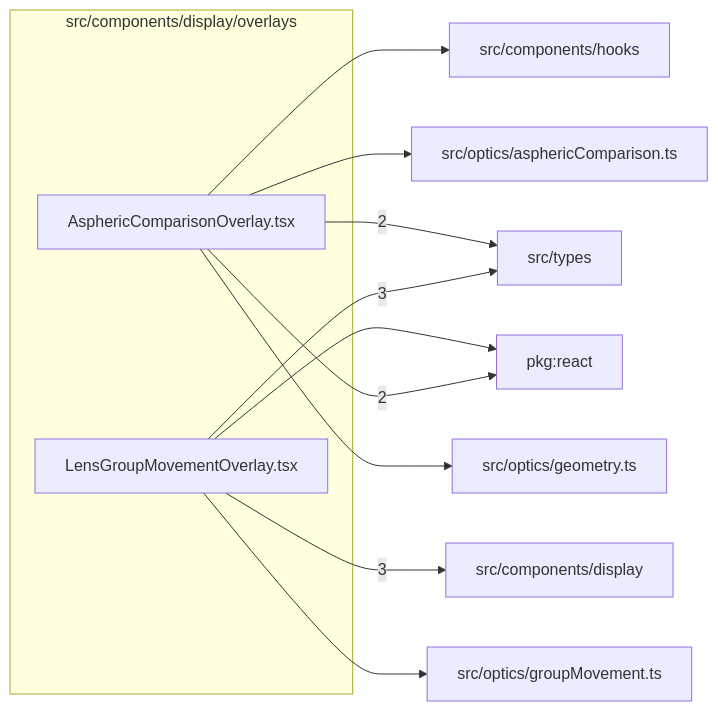
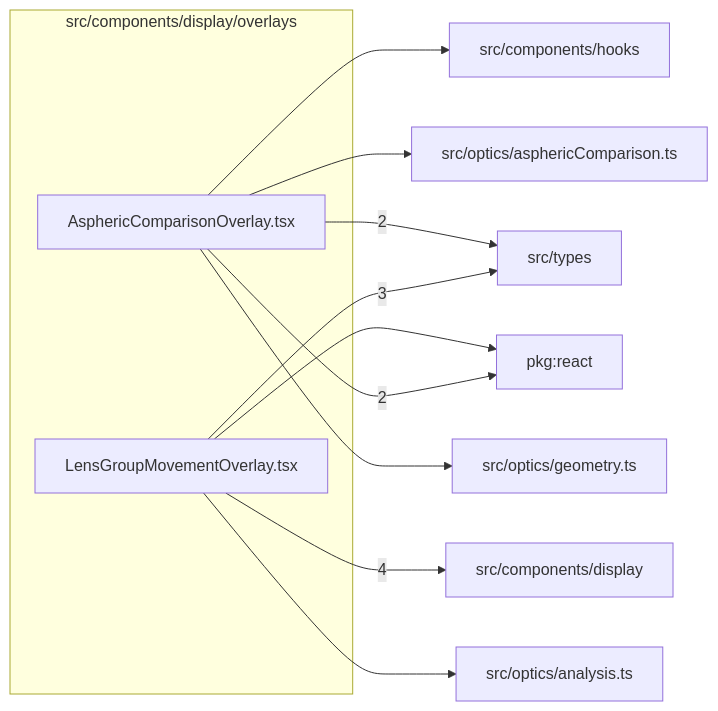
The diagram in src/components/display/overlays/readme.md (ronbuening/LensVisualizer), drawn with Mermaid before and after one commit. The commit also changed other lines of this file and 51 other files, not shown here.

Commit message:
S7.P2.T1 Summary, cardinals, breathing and group movement on AnalysisRequest

````diff
--- a/src/components/display/overlays/readme.md
+++ b/src/components/display/overlays/readme.md
@@ -9,23 +9,23 @@
 ```mermaid
 flowchart LR
   subgraph n_src_components_display_overlays["src/components/display/overlays"]
     n_src_components_display_overlays_src_components_display_overlays_AsphericComparisonOverlay_tsx["AsphericComparisonOverlay.tsx"]
     n_src_components_display_overlays_src_components_display_overlays_LensGroupMovementOverlay_tsx["LensGroupMovementOverlay.tsx"]
   end
   n_external_src_components_display["src/components/display"]
   n_external_src_types["src/types"]
   n_external_pkg_react["pkg:react"]
   n_external_src_components_hooks["src/components/hooks"]
+  n_external_src_optics_analysis_ts["src/optics/analysis.ts"]
   n_external_src_optics_asphericComparison_ts["src/optics/asphericComparison.ts"]
   n_external_src_optics_geometry_ts["src/optics/geometry.ts"]
-  n_external_src_optics_groupMovement_ts["src/optics/groupMovement.ts"]
-  n_src_components_display_overlays_src_components_display_overlays_LensGroupMovementOverlay_tsx --> |3| n_external_src_components_display
+  n_src_components_display_overlays_src_components_display_overlays_LensGroupMovementOverlay_tsx --> |4| n_external_src_components_display
   n_src_components_display_overlays_src_components_display_overlays_LensGroupMovementOverlay_tsx --> |3| n_external_src_types
   n_src_components_display_overlays_src_components_display_overlays_AsphericComparisonOverlay_tsx --> |2| n_external_pkg_react
   n_src_components_display_overlays_src_components_display_overlays_AsphericComparisonOverlay_tsx --> |2| n_external_src_types
   n_src_components_display_overlays_src_components_display_overlays_LensGroupMovementOverlay_tsx --> n_external_pkg_react
   n_src_components_display_overlays_src_components_display_overlays_AsphericComparisonOverlay_tsx --> n_external_src_components_hooks
+  n_src_components_display_overlays_src_components_display_overlays_LensGroupMovementOverlay_tsx --> n_external_src_optics_analysis_ts
   n_src_components_display_overlays_src_components_display_overlays_AsphericComparisonOverlay_tsx --> n_external_src_optics_asphericComparison_ts
   n_src_components_display_overlays_src_components_display_overlays_AsphericComparisonOverlay_tsx --> n_external_src_optics_geometry_ts
-  n_src_components_display_overlays_src_components_display_overlays_LensGroupMovementOverlay_tsx --> n_external_src_optics_groupMovement_ts
 ```
````
